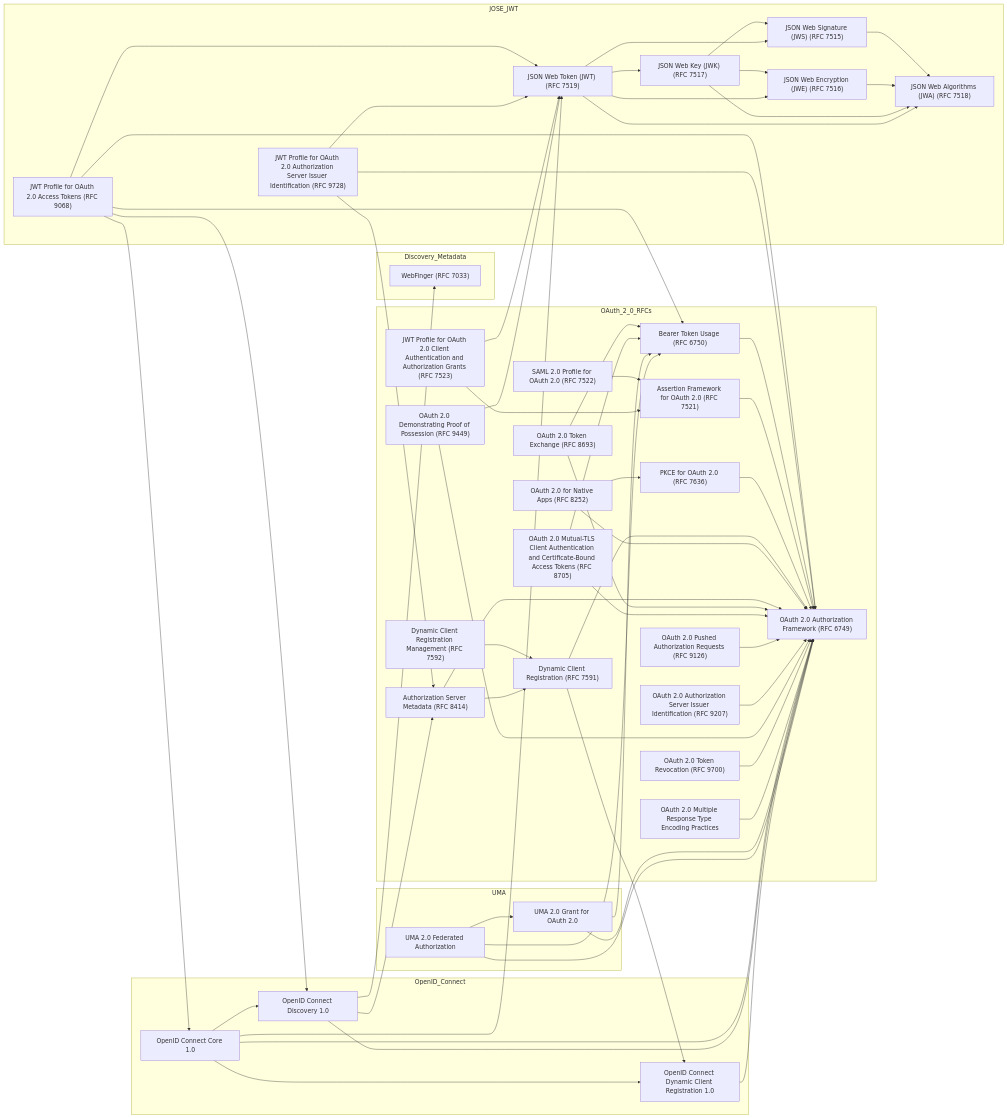
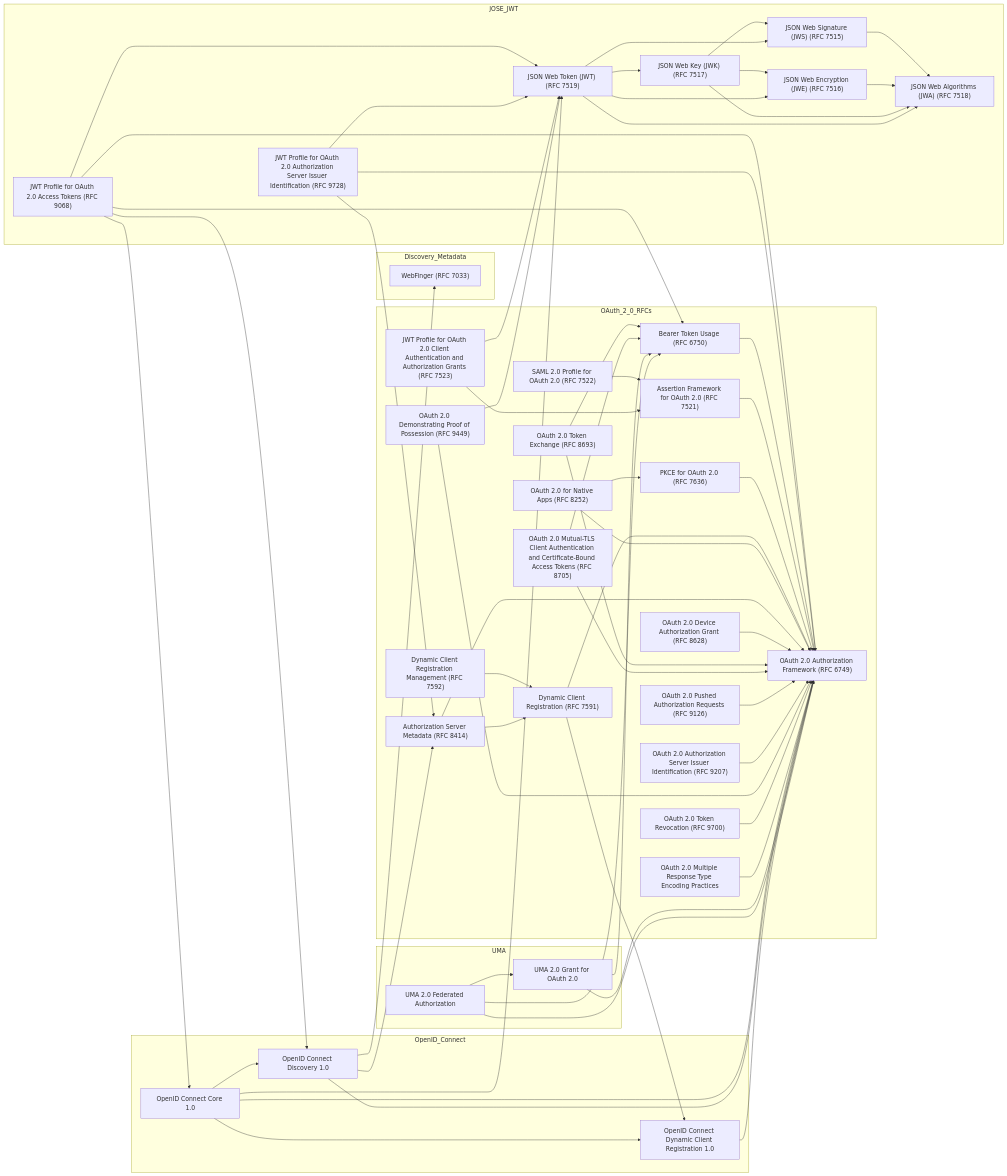
Before and after one commit to ryanspletzer/oidc-oauth-spec-graph: the diagram in graph.md, drawn with Mermaid. The commit also changed 1 other file, not shown here.

Commit message:
Adds RFC 8628 Device Authorization Grant to OAuth specification graph
Includes OAuth 2.0 Device Authorization Grant specification for browserless and input-constrained devices in both the README documentation and the interactive graph visualization.

Establishes proper dependency relationship with RFC 6749 (OAuth 2.0 framework) and adds clickable link to the official specification.

```diff
--- a/graph.md
+++ b/graph.md
@@ -22,6 +22,7 @@
     RFC7592["Dynamic Client Registration Management (RFC 7592)"]
     RFC8252["OAuth 2.0 for Native Apps (RFC 8252)"]
     RFC8414["Authorization Server Metadata (RFC 8414)"]
+    RFC8628["OAuth 2.0 Device Authorization Grant (RFC 8628)"]
     RFC8693["OAuth 2.0 Token Exchange (RFC 8693)"]
     RFC8705["OAuth 2.0 Mutual-TLS Client Authentication and Certificate-Bound Access Tokens (RFC 8705)"]
     RFC9126["OAuth 2.0 Pushed Authorization Requests (RFC 9126)"]
@@ -66,6 +67,7 @@
   RFC8252 --> RFC7636
   RFC8414 --> RFC6749
   RFC8414 --> RFC7591
+  RFC8628 --> RFC6749
   RFC8693 --> RFC6749
   RFC8693 --> RFC6750
   RFC8705 --> RFC6749
@@ -137,6 +139,7 @@
   click RFC7592 "https://datatracker.ietf.org/doc/html/rfc7592" "Dynamic Client Registration Management (RFC 7592)"
   click RFC8252 "https://datatracker.ietf.org/doc/html/rfc8252" "OAuth 2.0 for Native Apps (RFC 8252)"
   click RFC8414 "https://datatracker.ietf.org/doc/html/rfc8414" "Authorization Server Metadata (RFC 8414)"
+  click RFC8628 "https://datatracker.ietf.org/doc/html/rfc8628" "OAuth 2.0 Device Authorization Grant (RFC 8628)"
   click RFC8693 "https://datatracker.ietf.org/doc/html/rfc8693" "OAuth 2.0 Token Exchange (RFC 8693)"
   click RFC8705 "https://datatracker.ietf.org/doc/html/rfc8705" "OAuth 2.0 Mutual-TLS Client Authentication and Certificate-Bound Access Tokens (RFC 8705)"
   click RFC9126 "https://datatracker.ietf.org/doc/html/rfc9126" "OAuth 2.0 Pushed Authorization Requests (RFC 9126)"
```
